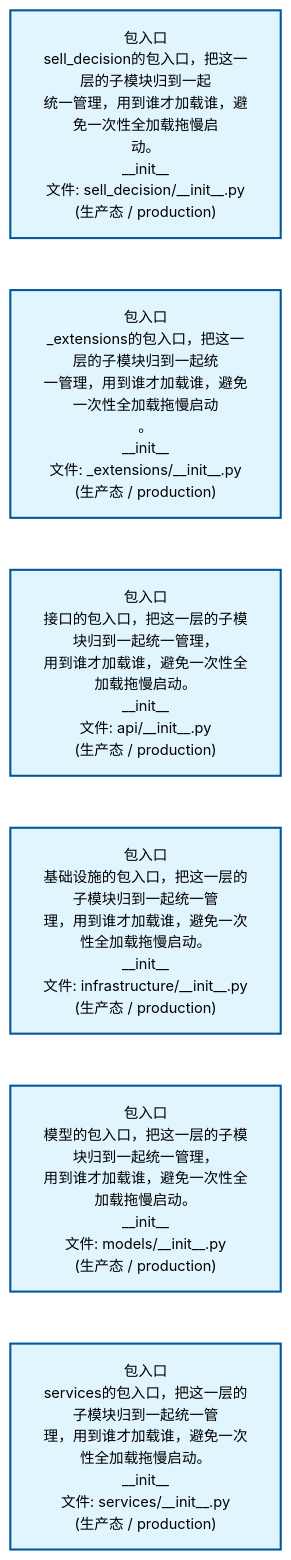
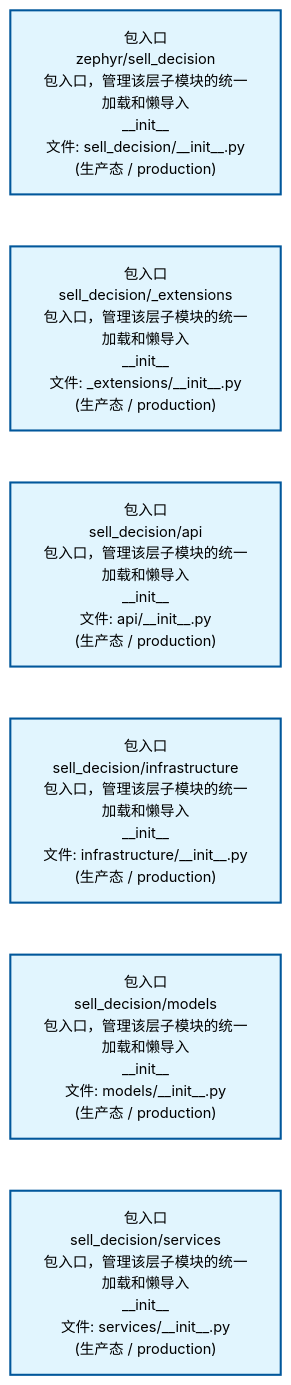
The second of 4 diagrams in docs/02_enterprise_architecture/02_domain_architecture_docs/67_d_sell_decision.md (xuanFelixVan/ZephyrAlpha), drawn with Mermaid before and after one commit. The commit also changed other lines of this file and 60 other files, not shown here.

````diff
--- a/docs/02_enterprise_architecture/02_domain_architecture_docs/67_d_sell_decision.md
+++ b/docs/02_enterprise_architecture/02_domain_architecture_docs/67_d_sell_decision.md
@@ -124,20 +124,20 @@
 ```mermaid
 %%{init: {'theme': 'base', 'themeVariables': {'primaryColor': '#eaeaea', 'primaryTextColor': '#333333', 'primaryBorderColor': '#666666', 'lineColor': '#666666', 'secondaryColor': '#eaeaea', 'tertiaryColor': '#eaeaea', 'fontSize': '14px'}}}%%
 flowchart TD
-    src_zephyr_sell_decision_init_py["包入口<br/>sell_decision的包入口，把这一层的子模块归到一起<br/>统一管理，用到谁才加载谁，避免一次性全加载拖慢启<br/>动。<br/>__init__<br/>文件: sell_decision/__init__.py<br/>(生产态 / production)"]
-    src_zephyr_sell_decision_extensions_init_py["包入口<br/>_extensions的包入口，把这一层的子模块归到一起统<br/>一管理，用到谁才加载谁，避免一次性全加载拖慢启动<br/>。<br/>__init__<br/>文件: _extensions/__init__.py<br/>(生产态 / production)"]
-    src_zephyr_sell_decision_api_init_py["包入口<br/>接口的包入口，把这一层的子模块归到一起统一管理，<br/>用到谁才加载谁，避免一次性全加载拖慢启动。<br/>__init__<br/>文件: api/__init__.py<br/>(生产态 / production)"]
-    src_zephyr_sell_decision_infrastructure_init_py["包入口<br/>基础设施的包入口，把这一层的子模块归到一起统一管<br/>理，用到谁才加载谁，避免一次性全加载拖慢启动。<br/>__init__<br/>文件: infrastructure/__init__.py<br/>(生产态 / production)"]
-    src_zephyr_sell_decision_models_init_py["包入口<br/>模型的包入口，把这一层的子模块归到一起统一管理，<br/>用到谁才加载谁，避免一次性全加载拖慢启动。<br/>__init__<br/>文件: models/__init__.py<br/>(生产态 / production)"]
-    src_zephyr_sell_decision_services_init_py["包入口<br/>services的包入口，把这一层的子模块归到一起统一管<br/>理，用到谁才加载谁，避免一次性全加载拖慢启动。<br/>__init__<br/>文件: services/__init__.py<br/>(生产态 / production)"]
+    src_zephyr_sell_decision_init_py["包入口<br/>zephyr/sell_decision<br/>包入口，管理该层子模块的统一加载和懒导入<br/>__init__<br/>文件: sell_decision/__init__.py<br/>(生产态 / production)"]
+    src_zephyr_sell_decision_extensions_init_py["包入口<br/>sell_decision/_extensions<br/>包入口，管理该层子模块的统一加载和懒导入<br/>__init__<br/>文件: _extensions/__init__.py<br/>(生产态 / production)"]
+    src_zephyr_sell_decision_api_init_py["包入口<br/>sell_decision/api<br/>包入口，管理该层子模块的统一加载和懒导入<br/>__init__<br/>文件: api/__init__.py<br/>(生产态 / production)"]
+    src_zephyr_sell_decision_infrastructure_init_py["包入口<br/>sell_decision/infrastructure<br/>包入口，管理该层子模块的统一加载和懒导入<br/>__init__<br/>文件: infrastructure/__init__.py<br/>(生产态 / production)"]
+    src_zephyr_sell_decision_models_init_py["包入口<br/>sell_decision/models<br/>包入口，管理该层子模块的统一加载和懒导入<br/>__init__<br/>文件: models/__init__.py<br/>(生产态 / production)"]
+    src_zephyr_sell_decision_services_init_py["包入口<br/>sell_decision/services<br/>包入口，管理该层子模块的统一加载和懒导入<br/>__init__<br/>文件: services/__init__.py<br/>(生产态 / production)"]
     src_zephyr_sell_decision_init_py ~~~ src_zephyr_sell_decision_extensions_init_py
     src_zephyr_sell_decision_extensions_init_py ~~~ src_zephyr_sell_decision_api_init_py
     src_zephyr_sell_decision_api_init_py ~~~ src_zephyr_sell_decision_infrastructure_init_py
     src_zephyr_sell_decision_infrastructure_init_py ~~~ src_zephyr_sell_decision_models_init_py
     src_zephyr_sell_decision_models_init_py ~~~ src_zephyr_sell_decision_services_init_py
     classDef production fill:#e1f5fe,stroke:#01579b,stroke-width:2px,color:#000
     classDef design fill:#fff3e0,stroke:#e65100,stroke-width:2px,color:#000,stroke-dasharray: 5 5
     classDef external_prod fill:#e8f4fd,stroke:#0277bd,stroke-width:1px,color:#000
     classDef external_design fill:#fff8e7,stroke:#ef6c00,stroke-width:1px,color:#000,stroke-dasharray: 5 5
     class src_zephyr_sell_decision_init_py,src_zephyr_sell_decision_extensions_init_py,src_zephyr_sell_decision_api_init_py,src_zephyr_sell_decision_infrastructure_init_py,src_zephyr_sell_decision_models_init_py,src_zephyr_sell_decision_services_init_py production
 ```
````
